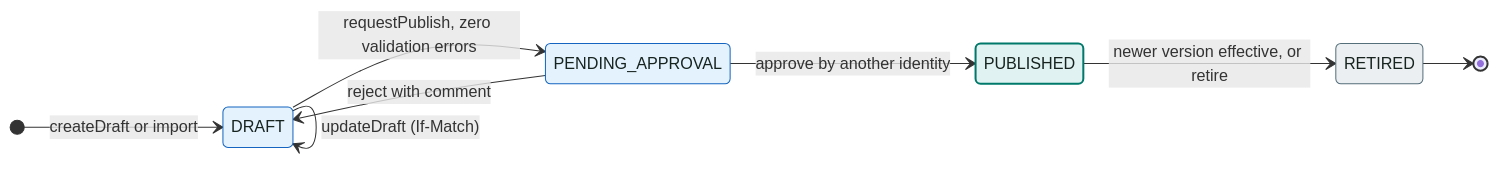
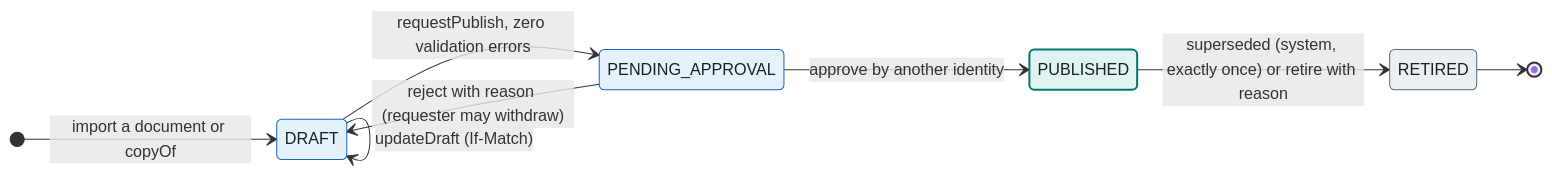
The diagram in rule-engine/docs/diagrams/version-lifecycle.mmd (dhluong90/horus-Agentic-BPM), drawn with Mermaid before and after one commit. The commit also changed 26 other files, not shown here.

```diff
--- a/rule-engine/docs/diagrams/version-lifecycle.mmd
+++ b/rule-engine/docs/diagrams/version-lifecycle.mmd
@@ -1,15 +1,15 @@
 stateDiagram-v2
   direction LR
-  [*] --> DRAFT: createDraft or import
+  [*] --> DRAFT: import a document or copyOf
   DRAFT --> DRAFT: updateDraft (If-Match)
   DRAFT --> PENDING_APPROVAL: requestPublish, zero validation errors
-  PENDING_APPROVAL --> DRAFT: reject with comment
+  PENDING_APPROVAL --> DRAFT: reject with reason (requester may withdraw)
   PENDING_APPROVAL --> PUBLISHED: approve by another identity
-  PUBLISHED --> RETIRED: newer version effective, or retire
+  PUBLISHED --> RETIRED: superseded (system, exactly once) or retire with reason
   RETIRED --> [*]
   classDef client fill:#E3F2FD,stroke:#1565C0,color:#16231F
   classDef engine fill:#E0F2F1,stroke:#00796B,stroke-width:2px,color:#16231F
   classDef obs fill:#ECEFF1,stroke:#546E7A,color:#16231F
   class DRAFT,PENDING_APPROVAL client
   class PUBLISHED engine
   class RETIRED obs
```
